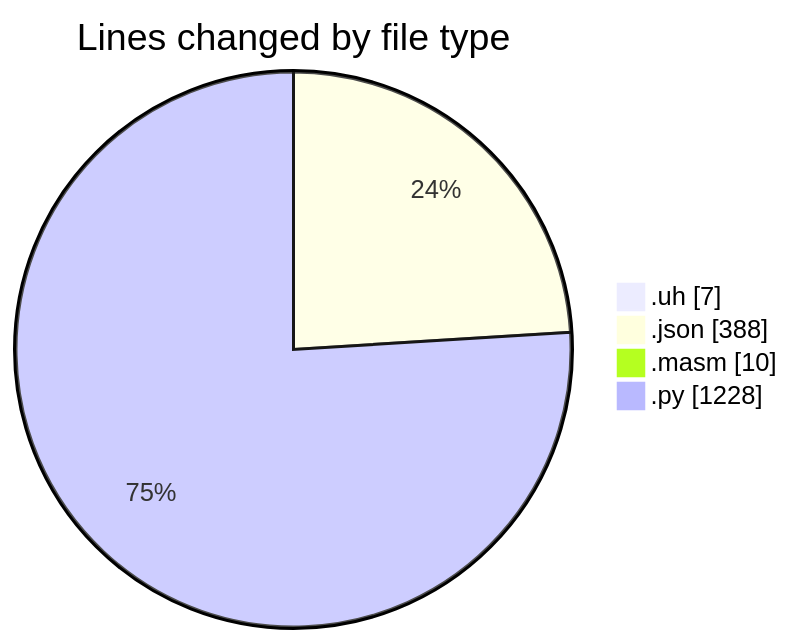
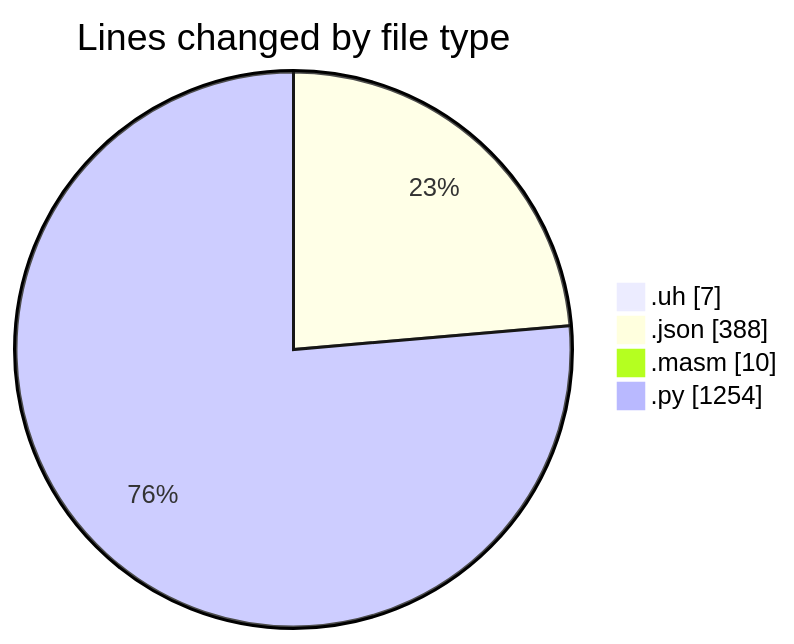
Before and after one commit to charlie-sans/code-tracking: the first of 2 diagrams in 2025-04-30/uhigh-lang/README.md, drawn with Mermaid. The commit also changed other lines of this file and 1 other file, not shown here.

````diff
--- a/2025-04-30/uhigh-lang/README.md
+++ b/2025-04-30/uhigh-lang/README.md
@@ -25,8 +25,8 @@
 ```mermaid
 pie showData
 title Lines changed by file type
 ".uh" : 7
 ".json" : 388
 ".masm" : 10
-".py" : 1228
+".py" : 1254
 ```
````
